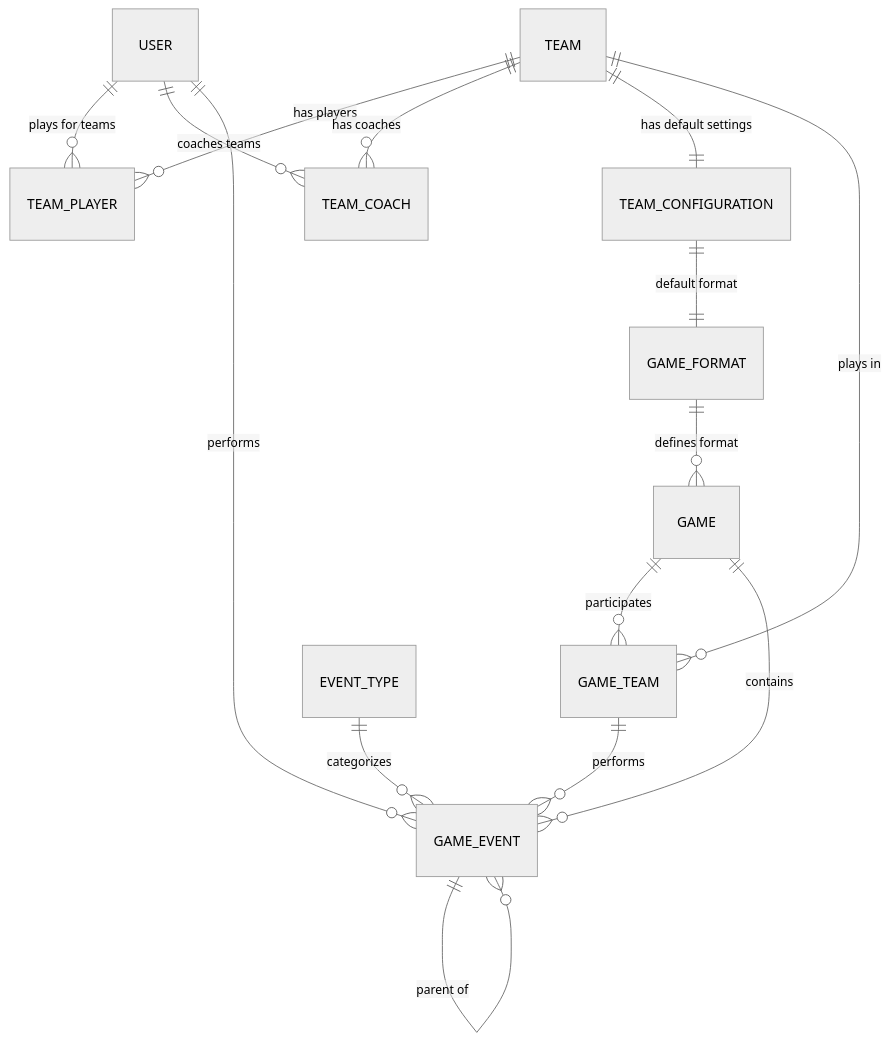
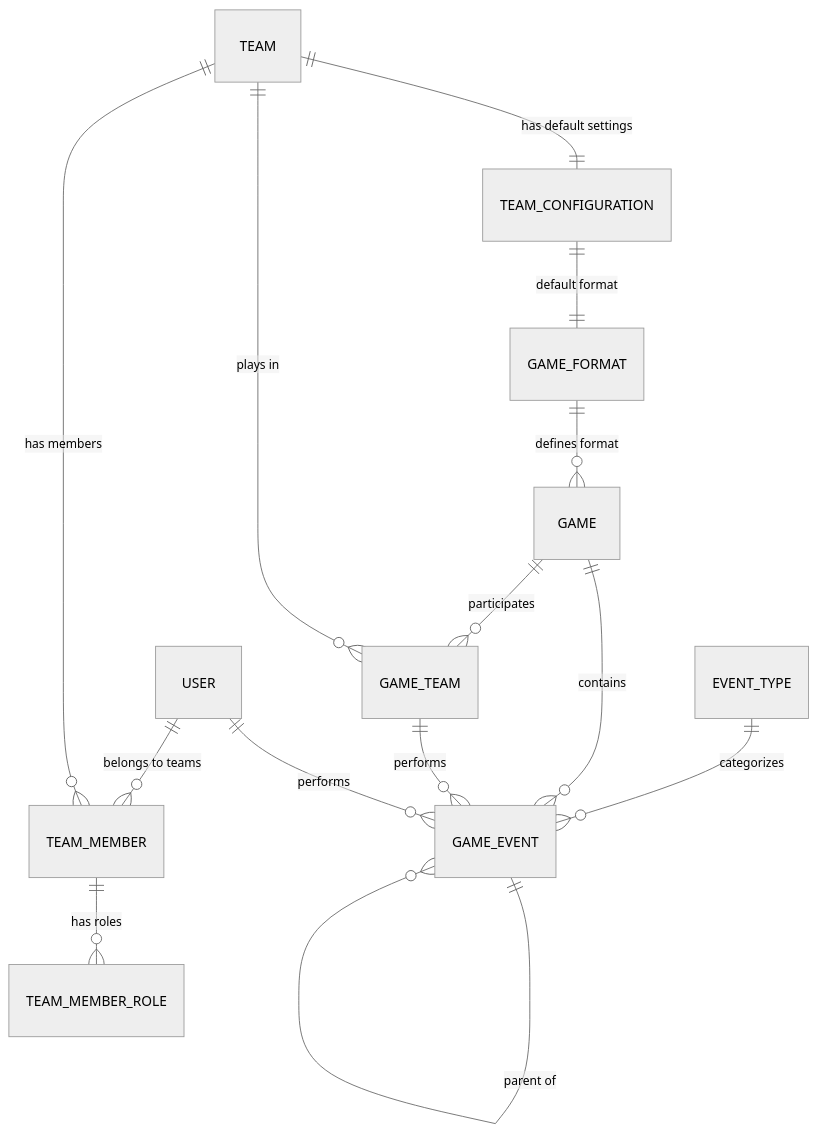
One commit to JoA-MoS/garage changed the diagram in apps/soccer-stats/api/er-diagram.mmd. Above: the diagram before and after it, drawn with Mermaid (neutral theme). The commit also changed other lines of this file and 53 other files, not shown here.

First line of the commit message:
refactor(soccer-stats): consolidate TeamPlayer/TeamCoach into unified TeamMember model

```diff
--- a/apps/soccer-stats/api/er-diagram.mmd
+++ b/apps/soccer-stats/api/er-diagram.mmd
@@ -1,30 +1,35 @@
 erDiagram
-    %% User Management Layer
-    USER ||--o{ TEAM_PLAYER : "plays for teams"
-    USER ||--o{ TEAM_COACH : "coaches teams"
-    TEAM ||--o{ TEAM_PLAYER : "has players"
-    TEAM ||--o{ TEAM_COACH : "has coaches"
+    %% User Management Layer (Unified Team Membership Model)
+    USER ||--o{ TEAM_MEMBER : "belongs to teams"
+    TEAM ||--o{ TEAM_MEMBER : "has members"
+    TEAM_MEMBER ||--o{ TEAM_MEMBER_ROLE : "has roles"
     TEAM ||--|| TEAM_CONFIGURATION : "has default settings"
-    
+
     %% Team Configuration
     TEAM_CONFIGURATION ||--|| GAME_FORMAT : "default format"
-    
+
     %% Existing Game Structure
     GAME_FORMAT ||--o{ GAME : "defines format"
     GAME ||--o{ GAME_TEAM : "participates"
     TEAM ||--o{ GAME_TEAM : "plays in"
 
     %% Game Events & Position Tracking
     EVENT_TYPE ||--o{ GAME_EVENT : "categorizes"
     GAME ||--o{ GAME_EVENT : "contains"
     GAME_EVENT ||--o{ GAME_EVENT : "parent of"
 
     GAME_TEAM ||--o{ GAME_EVENT : "performs"
 
     USER ||--o{ GAME_EVENT : "performs"
-    
+
+    %% Team Membership Notes:
+    %% - TeamMember: One record per (user, team) - stores membership-level data
+    %% - TeamMemberRole: One record per role - stores role + JSONB roleData
+    %% - Roles: OWNER, MANAGER, COACH, GUEST_COACH, PLAYER, GUARDIAN, FAN
+    %% - roleData contains role-specific fields (jerseyNumber, primaryPosition, title)
+
     %% Position Tracking Notes:
     %% - Game start: SUBSTITUTION_IN events for all starting players (no parent)
     %% - Regular subs: SUBSTITUTION_OUT -> SUBSTITUTION_IN (with parent relationship)
     %% - Position changes: New SUBSTITUTION_IN event (same player, new position)
     %% - Each GAME_EVENT includes position information when relevant
```
